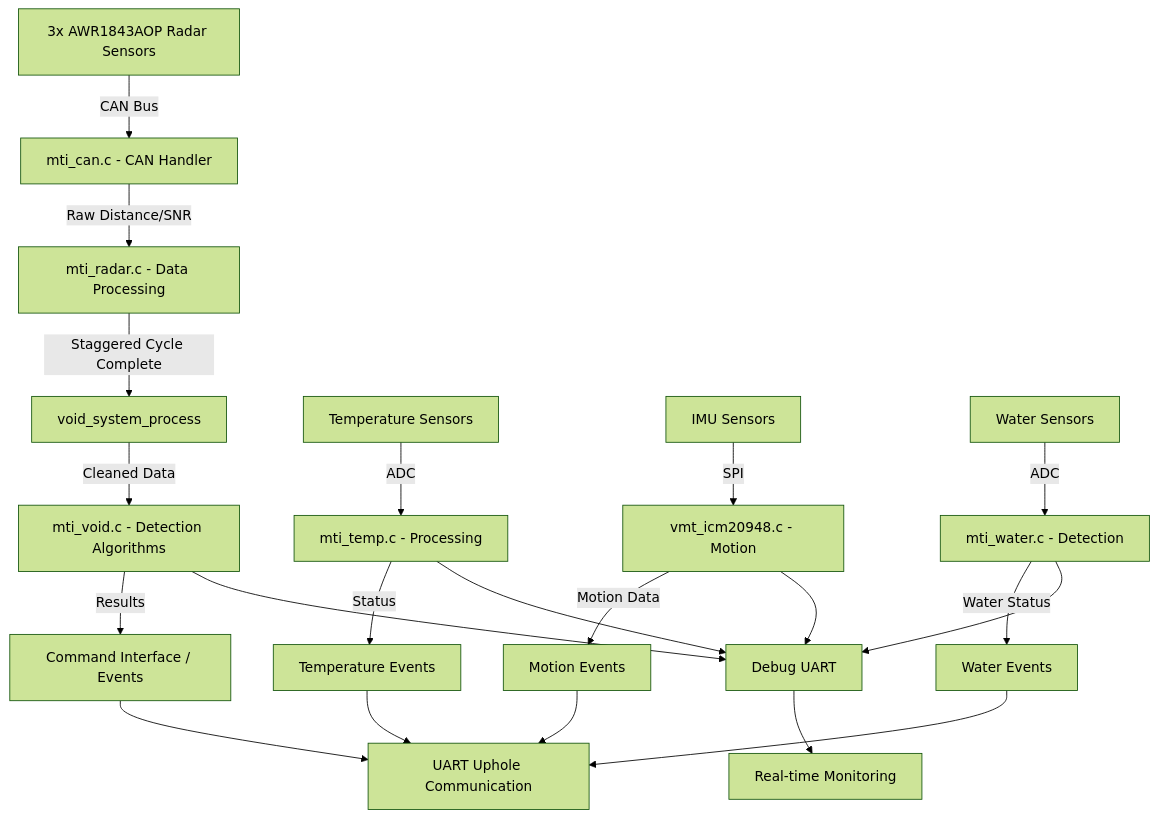
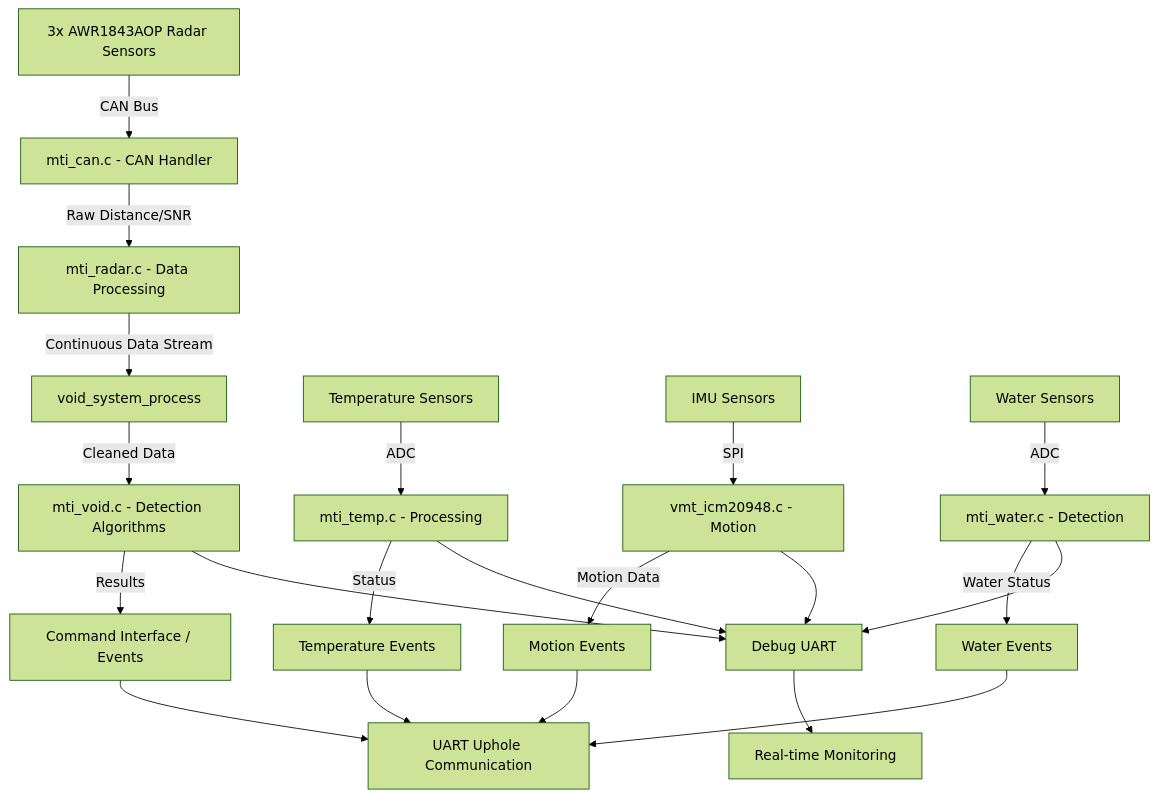
Before and after one commit to man-singh-mti/void_poc_integration: the diagram in Docs/void.md, drawn with Mermaid (forest theme). The commit also changed other lines of this file, not shown here.

````diff
--- a/Docs/void.md
+++ b/Docs/void.md
@@ -873,28 +684,28 @@
 ```mermaid
 graph TD
     A[3x AWR1843AOP Radar Sensors] -->|CAN Bus| B[mti_can.c - CAN Handler]
     B -->|Raw Distance/SNR| C[mti_radar.c - Data Processing]
-    C -->|Staggered Cycle Complete| D[void_system_process]
+    C -->|Continuous Data Stream| D[void_system_process]
     D -->|Cleaned Data| E[mti_void.c - Detection Algorithms]
     E -->|Results| F[Command Interface / Events]
     
     G[Temperature Sensors] -->|ADC| H[mti_temp.c - Processing]
     H -->|Status| I[Temperature Events]
     
     J[IMU Sensors] -->|SPI| K[vmt_icm20948.c - Motion]
     K -->|Motion Data| L[Motion Events]
     
     M[Water Sensors] -->|ADC| N[mti_water.c - Detection]
     N -->|Water Status| O[Water Events]
     
     F --> P[UART Uphole Communication]
     I --> P
     L --> P
     O --> P
     
     Q[Debug UART] --> R[Real-time Monitoring]
     E --> Q
     H --> Q
     K --> Q
     N --> Q
 ```
````
